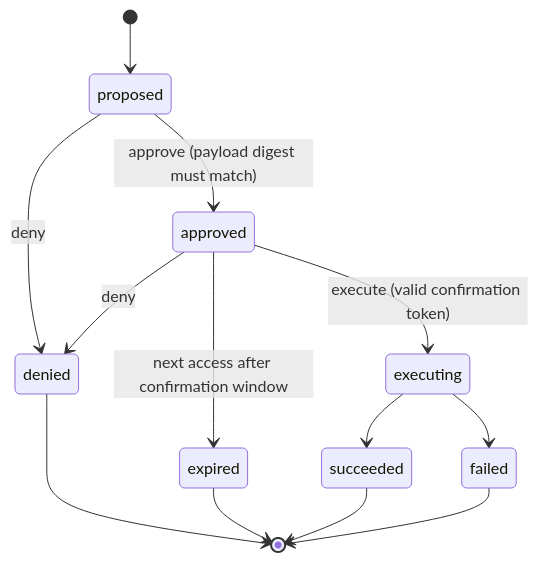
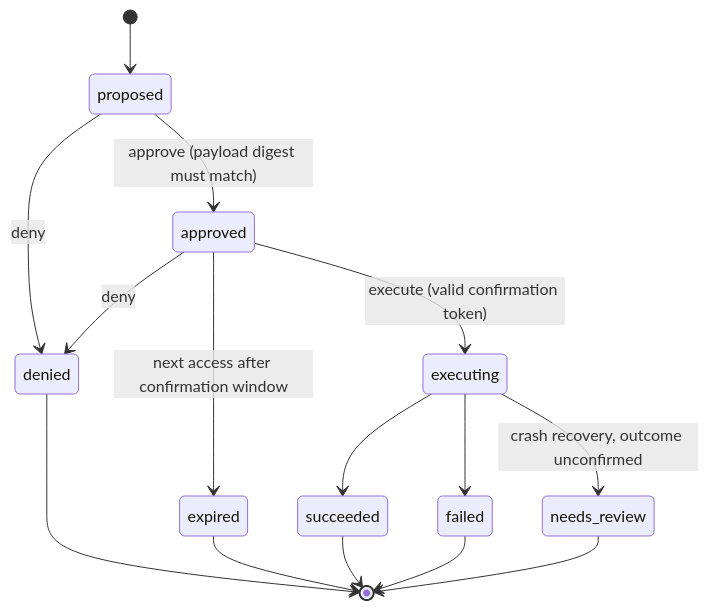
Before and after one commit to bernardoguterres/Jarvis: the second of 2 diagrams in README.md, drawn with Mermaid. The commit also changed other lines of this file and 36 other files, not shown here.

Commit message:
fix: crash-safe Calendar write recovery with deterministic event IDs, frontend teardown fixes

````diff
--- a/README.md
+++ b/README.md
@@ -180,15 +180,17 @@
 ```mermaid
 stateDiagram-v2
     [*] --> proposed
     proposed --> approved: approve (payload digest must match)
     proposed --> denied: deny
     approved --> denied: deny
     approved --> executing: execute (valid confirmation token)
     approved --> expired: next access after confirmation window
     executing --> succeeded
     executing --> failed
+    executing --> needs_review: crash recovery, outcome unconfirmed
     denied --> [*]
     expired --> [*]
     succeeded --> [*]
     failed --> [*]
+    needs_review --> [*]
 ```
````
